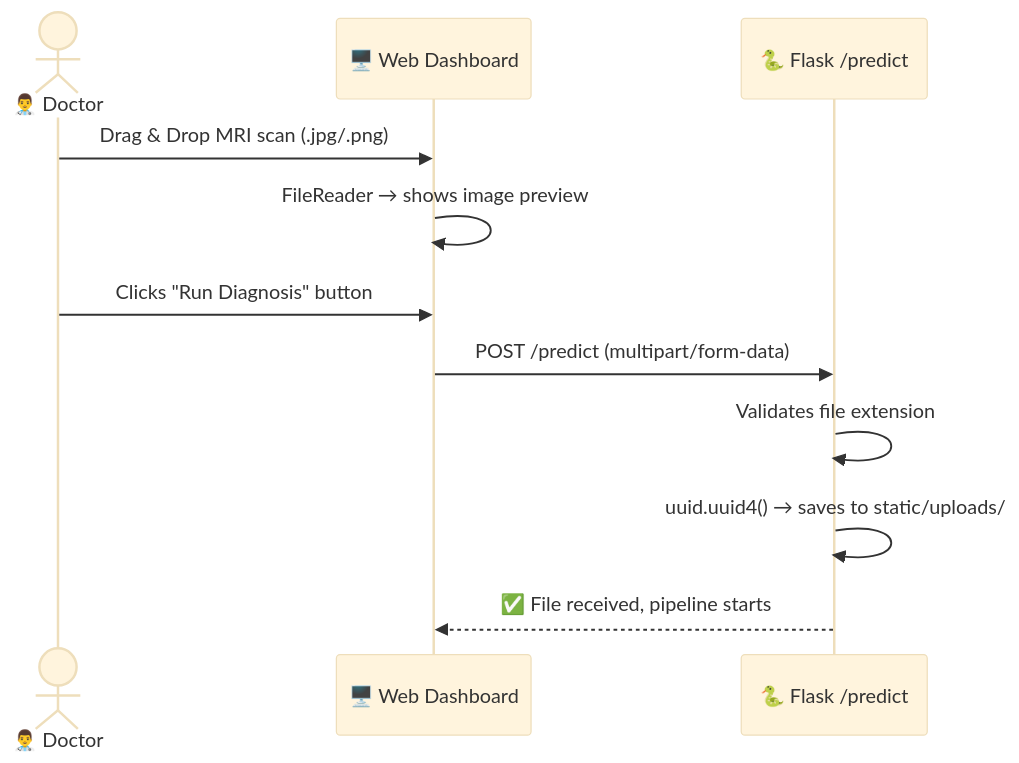
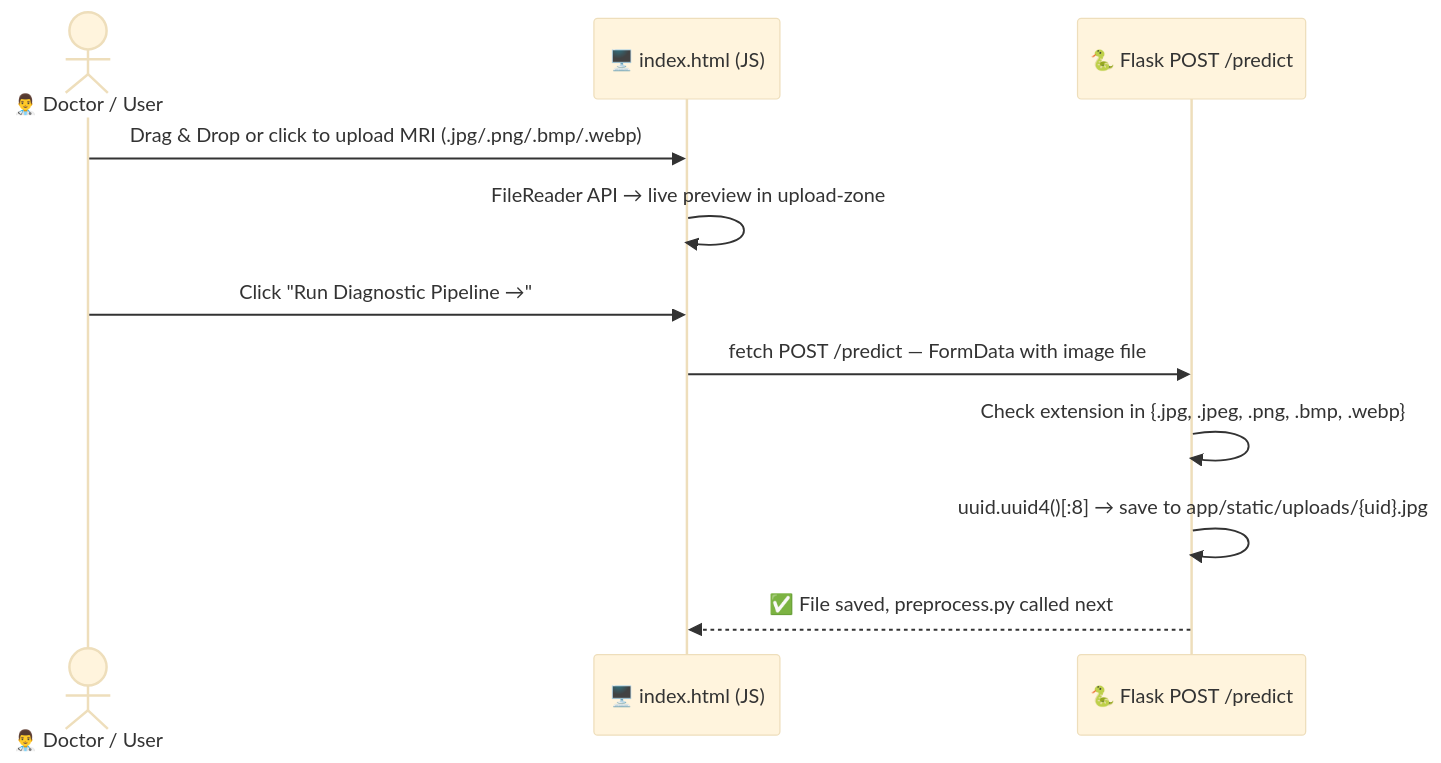
One commit to rajakumar123-commit/NeuroScan changed the first of 7 diagrams in README.md. Above: the diagram before and after it, drawn with Mermaid (base theme). The commit also changed other lines of this file, not shown here.

Commit message:
docs: upgrade README with project-accurate pipeline diagrams and verified 94.88% metrics

````diff
--- a/README.md
+++ b/README.md
@@ -43,14 +90,14 @@
 ```mermaid
 sequenceDiagram
-    actor Doctor as 👨‍⚕️ Doctor
-    participant UI as 🖥️ Web Dashboard
-    participant Flask as 🐍 Flask /predict
+    actor Doctor as 👨‍⚕️ Doctor / User
+    participant UI as 🖥️ index.html (JS)
+    participant Flask as 🐍 Flask POST /predict
 
-    Doctor->>UI: Drag & Drop MRI scan (.jpg/.png)
-    UI->>UI: FileReader → shows image preview
-    Doctor->>UI: Clicks "Run Diagnosis" button
-    UI->>Flask: POST /predict (multipart/form-data)
-    Flask->>Flask: Validates file extension
-    Flask->>Flask: uuid.uuid4() → saves to static/uploads/
-    Flask-->>UI: ✅ File received, pipeline starts
+    Doctor->>UI: Drag & Drop or click to upload MRI (.jpg/.png/.bmp/.webp)
+    UI->>UI: FileReader API → live preview in upload-zone
+    Doctor->>UI: Click "Run Diagnostic Pipeline →"
+    UI->>Flask: fetch POST /predict — FormData with image file
+    Flask->>Flask: Check extension in {.jpg, .jpeg, .png, .bmp, .webp}
+    Flask->>Flask: uuid.uuid4()[:8] → save to app/static/uploads/{uid}.jpg
+    Flask-->>UI: ✅ File saved, preprocess.py called next
 ```
````
